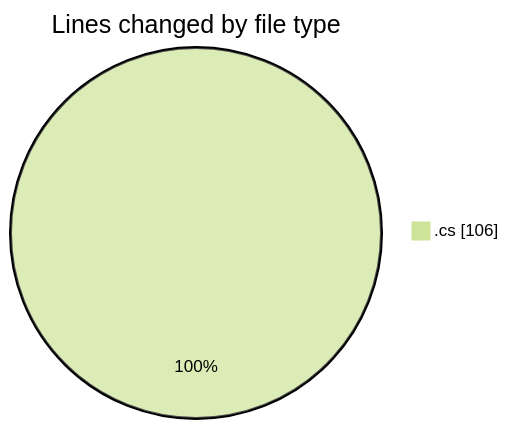
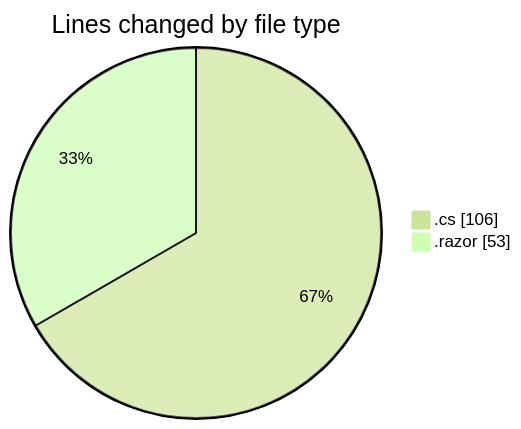
One commit to Netris89/code-tracking changed the first of 2 diagrams in 2025-04-03/front-end/README.md. Above: the diagram before and after it, drawn with Mermaid (forest theme). The commit also changed other lines of this file and 1 other file, not shown here.

````diff
--- a/2025-04-03/front-end/README.md
+++ b/2025-04-03/front-end/README.md
@@ -20,5 +21,6 @@
 ```mermaid
 pie showData
 title Lines changed by file type
 ".cs" : 106
+".razor" : 53
 ```
````
